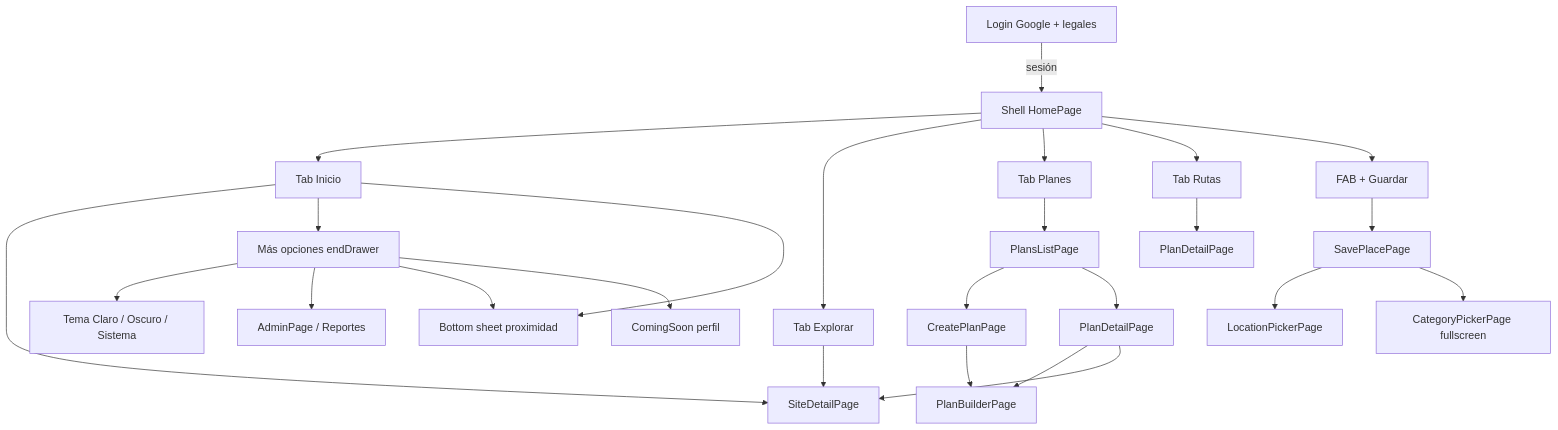
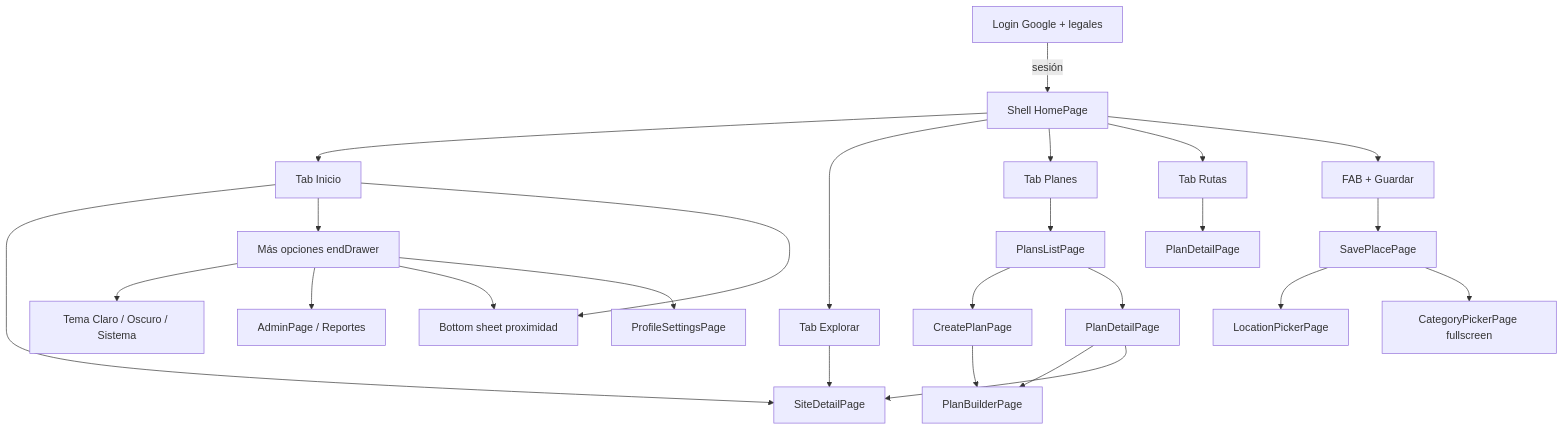
The diagram in docs/ui-navegacion.md (johntibagan/chevere_plan), drawn with Mermaid before and after one commit. The commit also changed other lines of this file and 21 other files, not shown here.

````diff
--- a/docs/ui-navegacion.md
+++ b/docs/ui-navegacion.md
@@ -39,29 +39,29 @@
 ```mermaid
 flowchart TB
   Login[Login Google + legales]
   Shell[Shell HomePage]
   Login -->|sesión| Shell
   Shell --> T0[Tab Inicio]
   Shell --> T1[Tab Explorar]
   Shell --> T2[Tab Planes]
   Shell --> T3[Tab Rutas]
   Shell --> FAB[FAB + Guardar]
   FAB --> Save[SavePlacePage]
   T0 --> Ficha[SiteDetailPage]
   T1 --> Ficha
   T2 --> PlanList[PlansListPage]
   PlanList --> Create[CreatePlanPage]
   Create --> Builder[PlanBuilderPage]
   PlanList --> Detail[PlanDetailPage]
   Detail --> Builder
   Detail --> Ficha
   T3 --> PlanDetailFromRoute[PlanDetailPage]
   T0 --> Menu[Más opciones endDrawer]
   Menu --> ThemePicker[Tema Claro / Oscuro / Sistema]
   Menu --> Admin[AdminPage / Reportes]
   Menu --> Prox[Bottom sheet proximidad]
-  Menu --> ProfileSoon[ComingSoon perfil]
+  Menu --> Profile[ProfileSettingsPage]
   T0 --> Prox
   Save --> Map[LocationPickerPage]
   Save --> Cats[CategoryPickerPage fullscreen]
 ```
````
